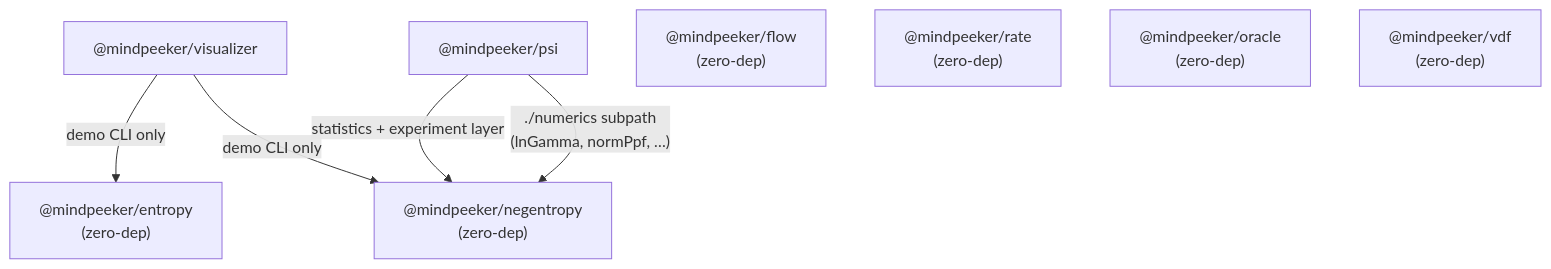
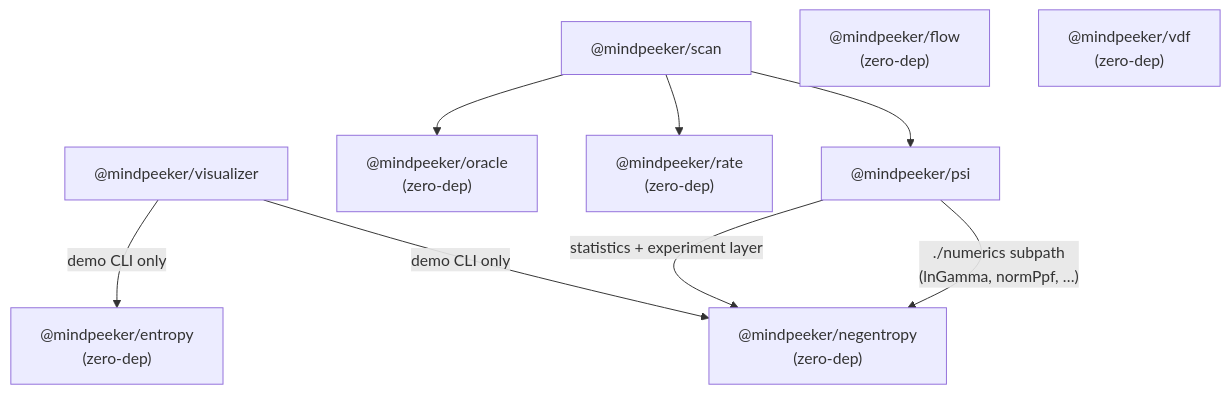
The diagram in README.md (Polobase/mindpeeker-sdk), drawn with Mermaid before and after one commit. The commit also changed other lines of this file, not shown here.

Commit message:
docs(readme): add @mindpeeker/scan to the package table and dependency graph

````diff
--- a/README.md
+++ b/README.md
@@ -32,11 +34,12 @@
 ```mermaid
 graph TD
   visualizer["@mindpeeker/visualizer"] -- "demo CLI only" --> entropy["@mindpeeker/entropy<br/>(zero-dep)"]
   visualizer -- "demo CLI only" --> negentropy["@mindpeeker/negentropy<br/>(zero-dep)"]
   psi["@mindpeeker/psi"] -- "statistics + experiment layer" --> negentropy
   psi -- "./numerics subpath<br/>(lnGamma, normPpf, …)" --> negentropy
+  scan["@mindpeeker/scan"] --> oracle["@mindpeeker/oracle<br/>(zero-dep)"]
+  scan --> rate["@mindpeeker/rate<br/>(zero-dep)"]
+  scan --> psi
   flow["@mindpeeker/flow<br/>(zero-dep)"]
-  rate["@mindpeeker/rate<br/>(zero-dep)"]
-  oracle["@mindpeeker/oracle<br/>(zero-dep)"]
   vdf["@mindpeeker/vdf<br/>(zero-dep)"]
 ```
````
